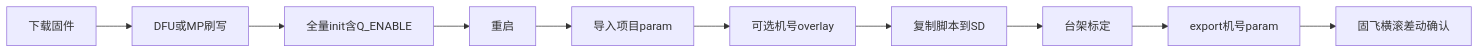
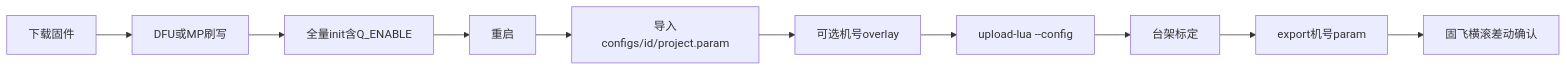
One commit to witon/TiltrotorAircraft changed the diagram in docs/ardupilot-setup.md. Above: the diagram before and after it, drawn with Mermaid. The commit also changed other lines of this file and 1 other file, not shown here.

````diff
--- a/docs/ardupilot-setup.md
+++ b/docs/ardupilot-setup.md
@@ -274,14 +320,14 @@
 ```mermaid
 flowchart LR
   download[下载固件]
   flash[DFU或MP刷写]
   init[全量init含Q_ENABLE]
   reboot1[重启]
-  param[导入项目param]
+  param["导入configs/id/project.param"]
   ac[可选机号overlay]
-  lua[复制脚本到SD]
+  lua["upload-lua --config"]
   calib[台架标定]
   export[export机号param]
   stick[固飞横滚差动确认]
   download --> flash --> init --> reboot1 --> param --> ac --> lua --> calib --> export --> stick
 ```
````
